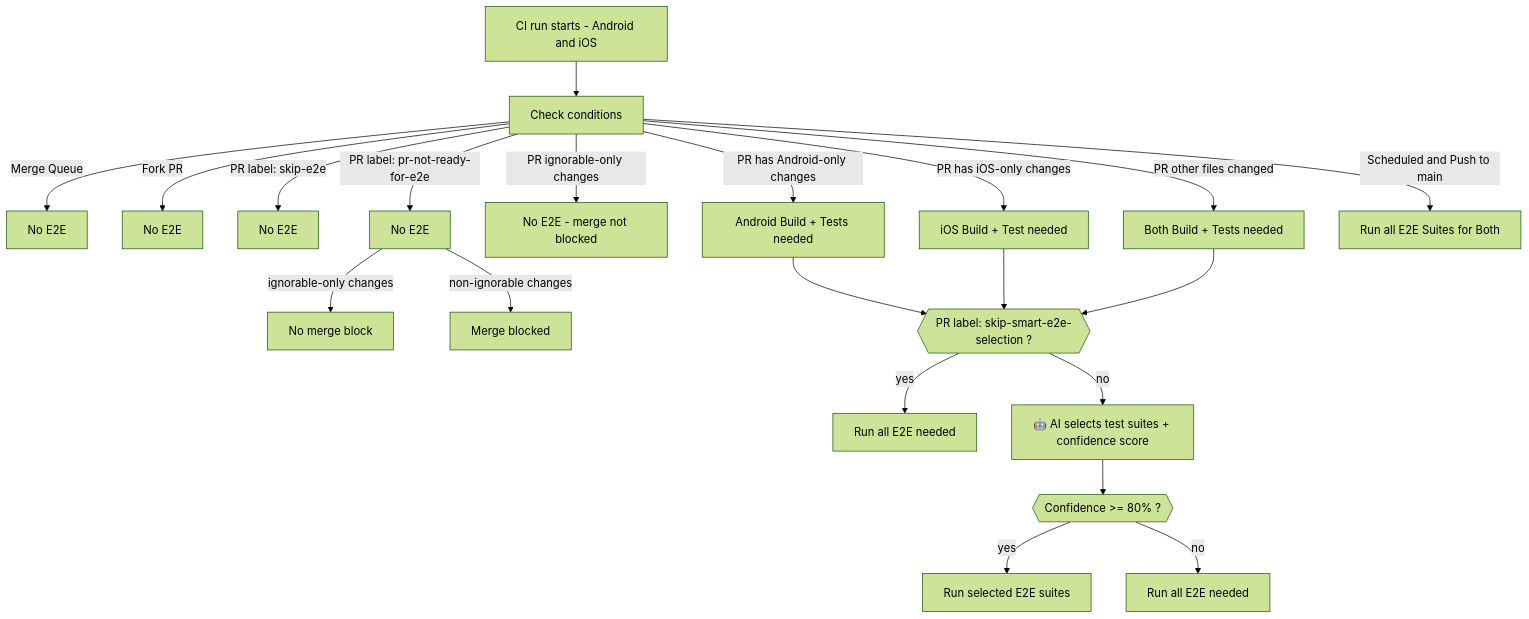
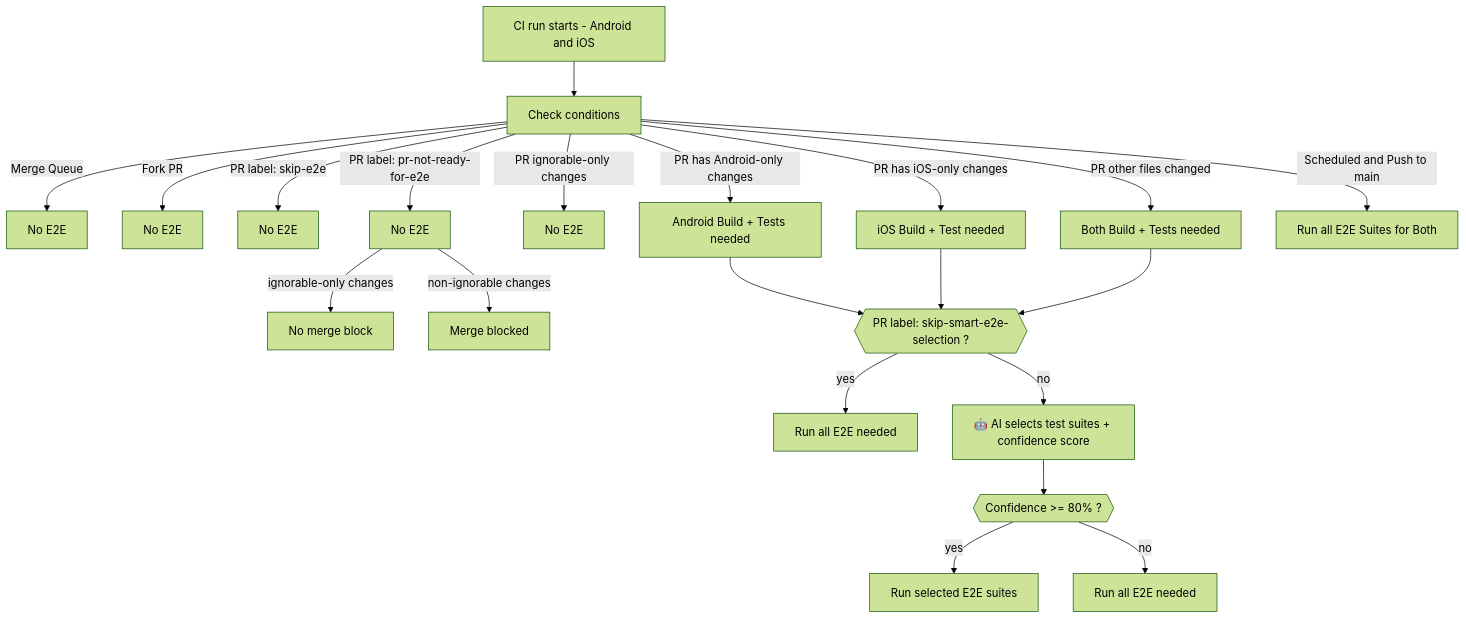
The diagram in .github/guidelines/E2E_DECISION_TREE.md (MetaMask/metamask-mobile), drawn with Mermaid (forest theme) before and after one commit. The commit also changed 2 other files, not shown here.

Commit message:
ci: fix scheduled e2e runs

````diff
--- a/.github/guidelines/E2E_DECISION_TREE.md
+++ b/.github/guidelines/E2E_DECISION_TREE.md
@@ -5,22 +5,22 @@
 ```mermaid
 flowchart TD
     CI[CI run starts - Android and iOS] --> GR[Check conditions]
     GR -->|Merge Queue | MQ[No E2E]
     GR -->|Fork PR| FK[No E2E]
     GR -->|PR label: skip-e2e| HS[No E2E]
     GR -->|PR label: pr-not-ready-for-e2e| L2[No E2E]
     L2 -->|ignorable-only changes| NoBlock[No merge block]
     L2 -->|non-ignorable changes| Skip2[Merge blocked]
-    GR -->|PR ignorable-only changes| Ignorable[No E2E - merge not blocked]
+    GR -->|PR ignorable-only changes| Ignorable[No E2E]
     GR -->|PR has Android-only changes| Android[Android Build + Tests needed]
     GR -->|PR has iOS-only changes| iOS[iOS Build + Test needed]
     GR -->|PR other files changed| Both[Both Build + Tests needed]
     GR -->|Scheduled and Push to main | Full[Run all E2E Suites for Both]
 
     Android & iOS & Both --> LABEL{{PR label: skip-smart-e2e-selection ?}}
     LABEL -->|yes| AllTags[Run all E2E needed]
     LABEL -->|no| AI[🤖 AI selects test suites + confidence score]
     AI --> CONF{{Confidence >= 80% ?}}
     CONF -->|yes| SelectedTags[Run selected E2E suites]
     CONF -->|no| AllTagsFallback[Run all E2E needed]
 ```
````
